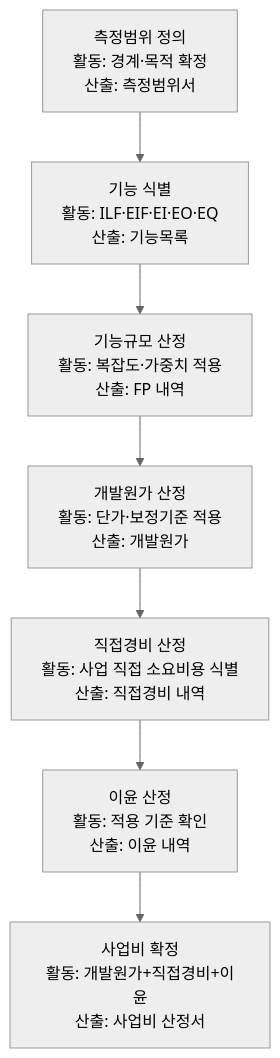
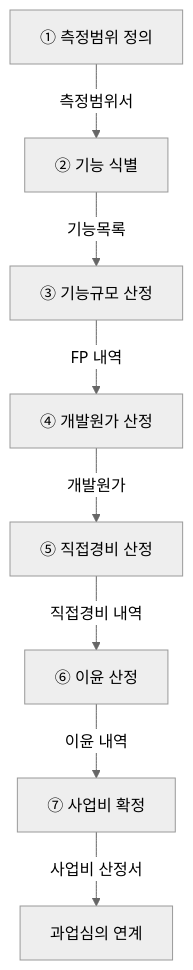
The third of 3 diagrams in src/content/docs/notes/itpe/01-it-strategy/026_software_cost_estimation.md (agnusdei1207/study), drawn with Mermaid (neutral theme) before and after one commit. The commit also changed other lines of this file and 19 other files, not shown here.

````diff
--- a/src/content/docs/notes/itpe/01-it-strategy/026_software_cost_estimation.md
+++ b/src/content/docs/notes/itpe/01-it-strategy/026_software_cost_estimation.md
@@ -133,9 +136,10 @@
 ```mermaid
 flowchart TD
-    A["측정범위 정의<br/>활동: 경계·목적 확정<br/>산출: 측정범위서"] --> B["기능 식별<br/>활동: ILF·EIF·EI·EO·EQ<br/>산출: 기능목록"]
-    B --> C["기능규모 산정<br/>활동: 복잡도·가중치 적용<br/>산출: FP 내역"]
-    C --> D["개발원가 산정<br/>활동: 단가·보정기준 적용<br/>산출: 개발원가"]
-    D --> E["직접경비 산정<br/>활동: 사업 직접 소요비용 식별<br/>산출: 직접경비 내역"]
-    E --> F["이윤 산정<br/>활동: 적용 기준 확인<br/>산출: 이윤 내역"]
-    F --> G["사업비 확정<br/>활동: 개발원가+직접경비+이윤<br/>산출: 사업비 산정서"]
+    A["① 측정범위 정의"] -->|"측정범위서"| B["② 기능 식별"]
+    B -->|"기능목록"| C["③ 기능규모 산정"]
+    C -->|"FP 내역"| D["④ 개발원가 산정"]
+    D -->|"개발원가"| E["⑤ 직접경비 산정"]
+    E -->|"직접경비 내역"| F["⑥ 이윤 산정"]
+    F -->|"이윤 내역"| G["⑦ 사업비 확정"]
+    G -->|"사업비 산정서"| SY["과업심의 연계"]
 ```
````
